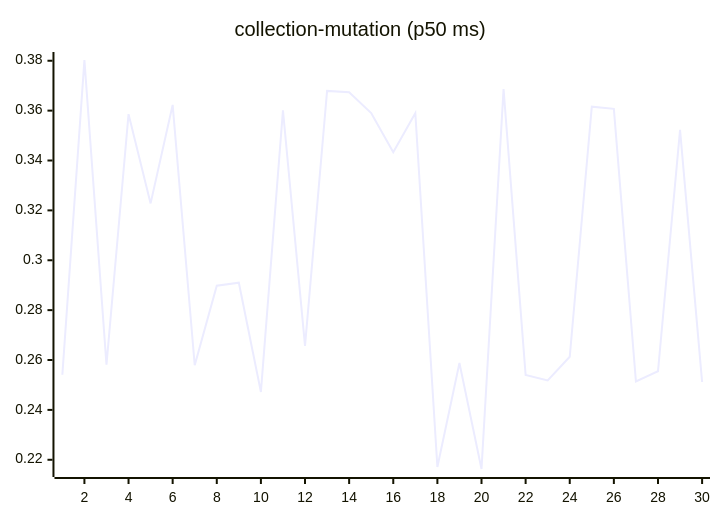
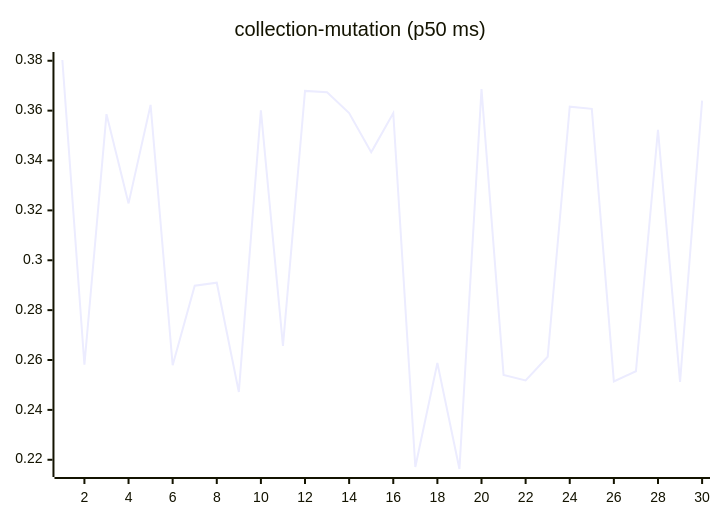
Before and after one commit to josha/Facet: the sixth of 27 diagrams in README.md, drawn with Mermaid. The commit also changed other lines of this file and 2 other files, not shown here.

````diff
--- a/README.md
+++ b/README.md
@@ -98,6 +98,6 @@
 ```mermaid
 xychart-beta
     title "collection-mutation (p50 ms)"
     x-axis 1 --> 30
-    line [0.2541, 0.3803, 0.2581, 0.3586, 0.3228, 0.3623, 0.2579, 0.2898, 0.2910, 0.2472, 0.3601, 0.2657, 0.3679, 0.3674, 0.3590, 0.3433, 0.3590, 0.2171, 0.2588, 0.2163, 0.3686, 0.2540, 0.2518, 0.2613, 0.3616, 0.3607, 0.2514, 0.2555, 0.3523, 0.2512]
+    line [0.3803, 0.2581, 0.3586, 0.3228, 0.3623, 0.2579, 0.2898, 0.2910, 0.2472, 0.3601, 0.2657, 0.3679, 0.3674, 0.3590, 0.3433, 0.3590, 0.2171, 0.2588, 0.2163, 0.3686, 0.2540, 0.2518, 0.2613, 0.3616, 0.3607, 0.2514, 0.2555, 0.3523, 0.2512, 0.3640]
 ```
````
